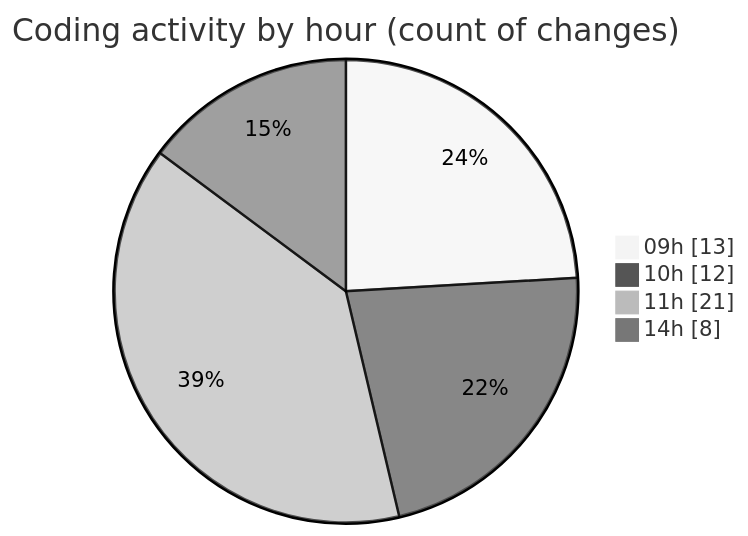
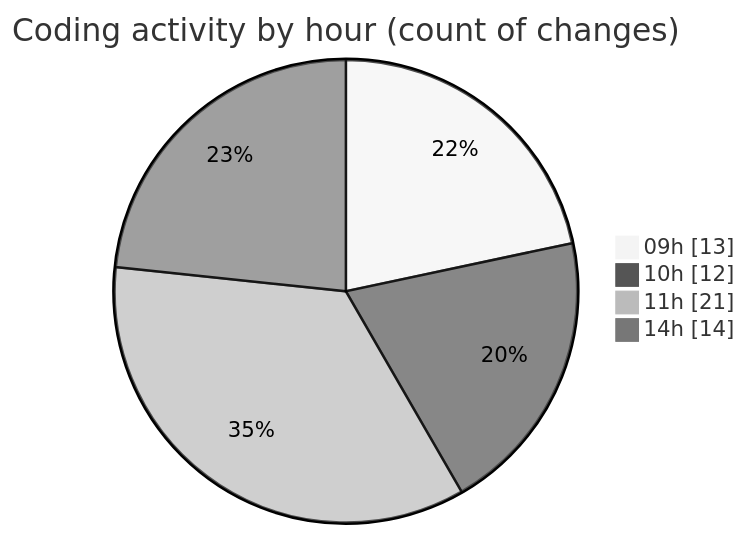
The second of 2 diagrams in 2025-09-22/cda/README.md (momahboobian/code-tracking), drawn with Mermaid (neutral theme) before and after one commit. The commit also changed other lines of this file and 1 other file, not shown here.

````diff
--- a/2025-09-22/cda/README.md
+++ b/2025-09-22/cda/README.md
@@ -37,8 +38,8 @@
 ```mermaid
 pie showData
 title Coding activity by hour (count of changes)
 "09h" : 13
 "10h" : 12
 "11h" : 21
-"14h" : 8
+"14h" : 14
 ```
````
